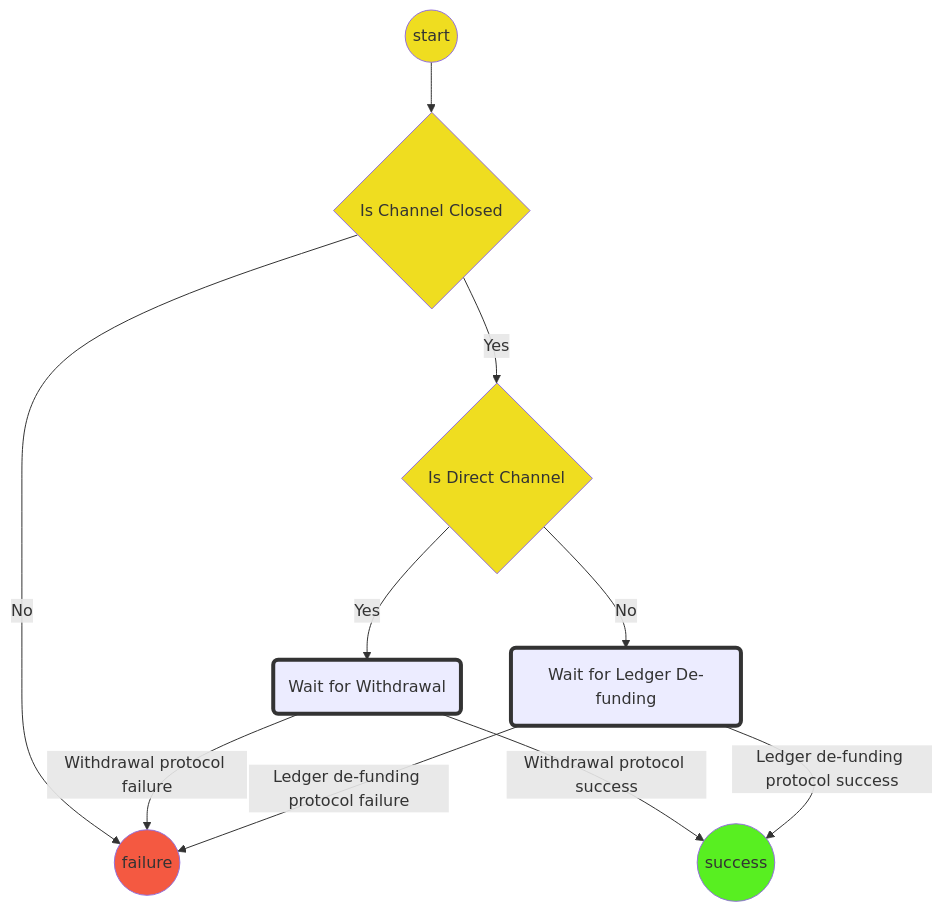
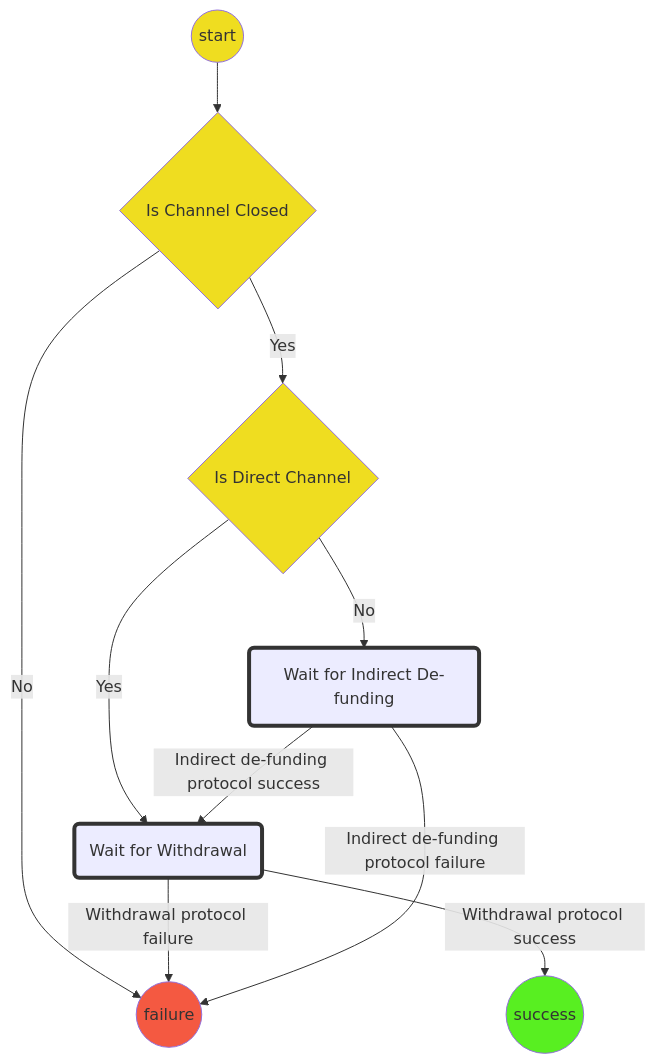
Before and after one commit to magmo/apps: the first of 2 diagrams in packages/wallet/src/redux/protocols/defunding/readme.md, drawn with Mermaid. The commit also changed other lines of this file and 3 other files, not shown here.

````diff
--- a/packages/wallet/src/redux/protocols/defunding/readme.md
+++ b/packages/wallet/src/redux/protocols/defunding/readme.md
@@ -13,20 +13,20 @@
 ```mermaid
 graph TD
   S((start))-->ICC{Is Channel Closed}
   ICC-->|No|F((failure))
   ICC-->|Yes|ID{Is Direct Channel}
   ID-->|Yes|WP(Wait for Withdrawal)
-  ID -->|No|LDP(Wait for Ledger De-funding)
+  ID -->|No|LDP(Wait for Indirect De-funding)
+  LDP-->|Indirect de-funding protocol success|WP(Wait for Withdrawal)
   WP-->|Withdrawal protocol success|Su((success))
-  LDP-->|Ledger de-funding protocol success|Su((success))
   WP-->|Withdrawal protocol failure|F((failure))
-  LDP-->|Ledger de-funding protocol failure|F((failure))
+  LDP-->|Indirect de-funding protocol failure|F((failure))
 
   style S  fill:#efdd20
   style ICC  fill:#efdd20
   style ID fill:#efdd20
   style Su fill:#58ef21
   style F  fill:#f45941
   style WP stroke:#333,stroke-width:4px
   style LDP stroke:#333,stroke-width:4px
 ```
````
